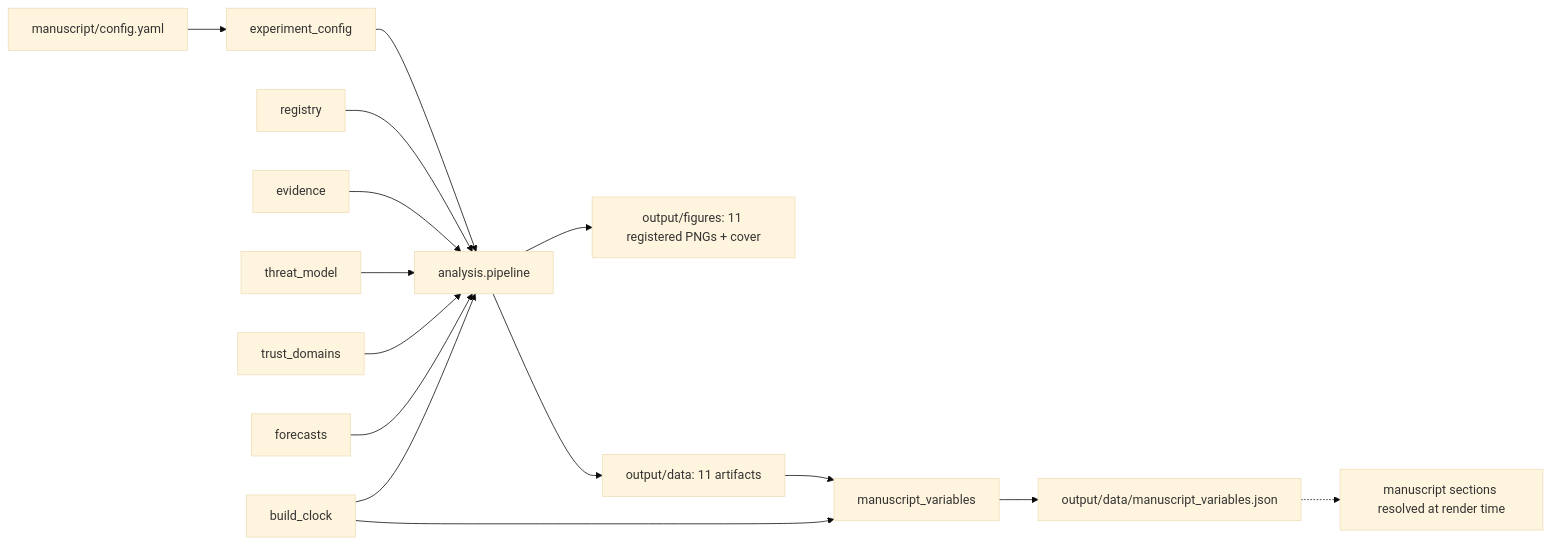
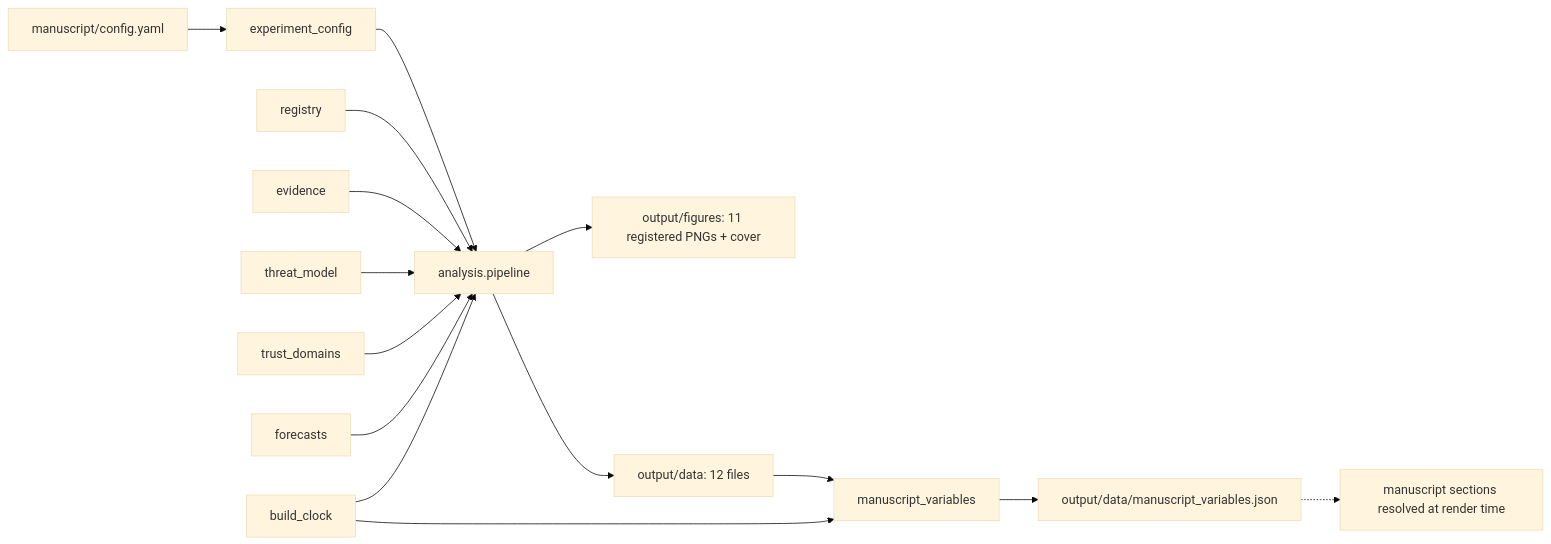
Before and after one commit to docxology/agentic_os_security: the diagram in docs/architecture.md, drawn with Mermaid (base theme). The commit also changed other lines of this file and 35 other files, not shown here.

````diff
--- a/docs/architecture.md
+++ b/docs/architecture.md
@@ -33,17 +33,17 @@
 ```mermaid
 graph LR
     CFG[manuscript/config.yaml] --> EC[experiment_config]
     EC --> AN[analysis.pipeline]
     REG[registry] --> AN
     EV[evidence] --> AN
     TM[threat_model] --> AN
     TD[trust_domains] --> AN
     FC[forecasts] --> AN
     AN --> OUT[output/figures: 11 registered PNGs + cover]
-    AN --> OUTD[output/data: 11 artifacts]
+    AN --> OUTD[output/data: 12 files]
     OUTD --> MV[manuscript_variables]
     MV --> OUTV[output/data/manuscript_variables.json]
     OUTV -.-> M[manuscript sections resolved at render time]
     BC[build_clock] --> AN
     BC --> MV
 ```
````
